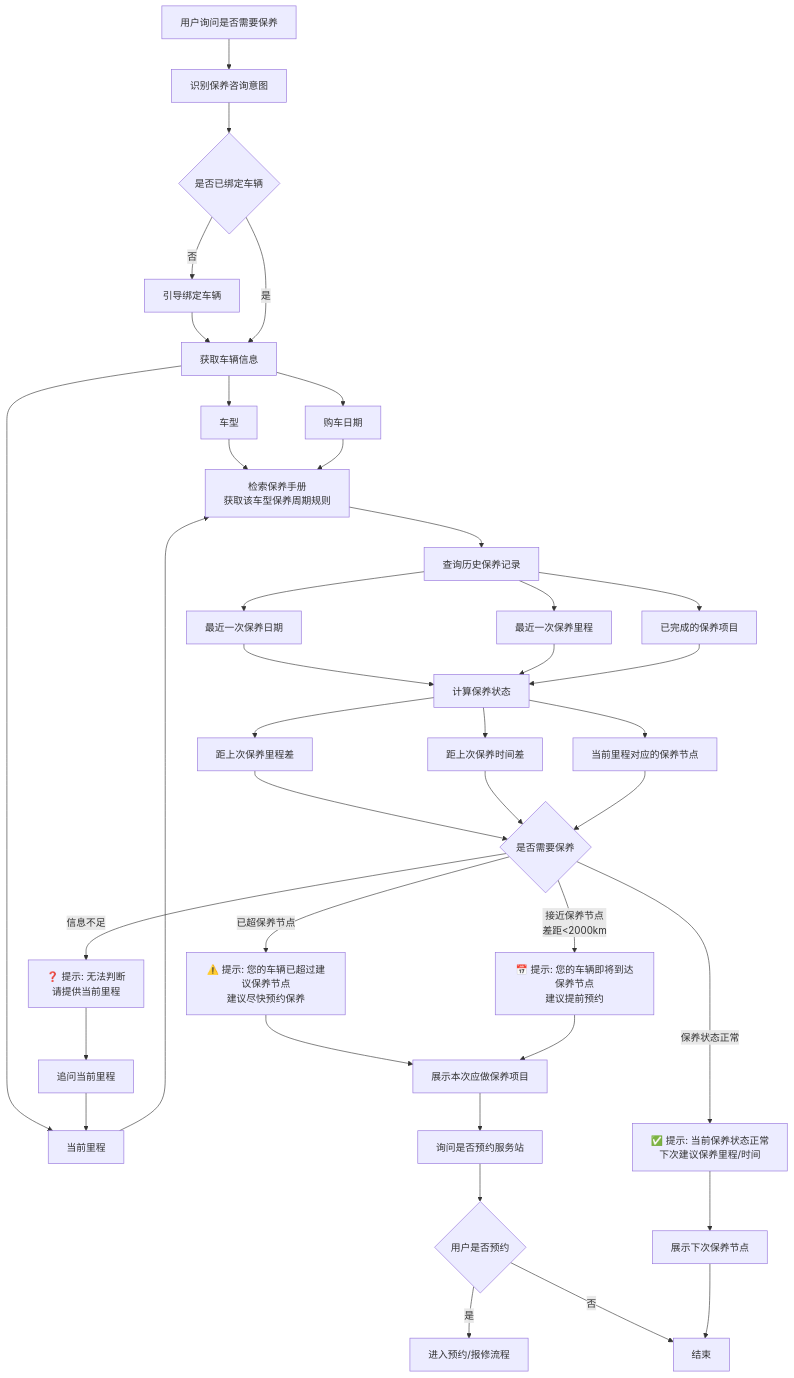
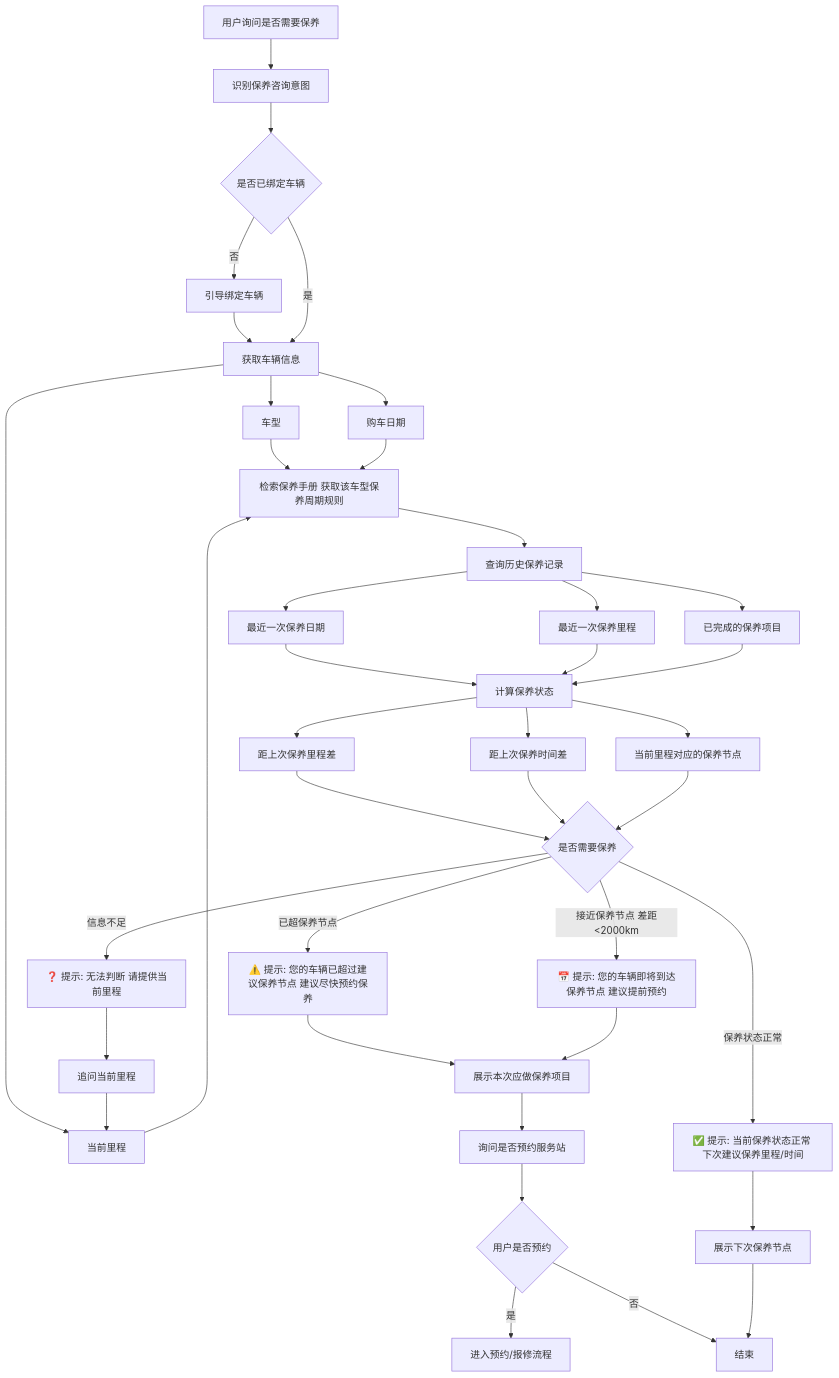
One commit to evanwusibin/auto-carcrm changed the diagram in flows/03_业务流程/07_保养判断流程.md. Above: the diagram before and after it, drawn with Mermaid. The commit also changed 13 other files, not shown here.

First line of the commit message:
feat: 五项优化 - 登录页轮播+排版/Mermaid修复/检索页流式开关/页面设计文档/DB更新v1.2

````diff
--- a/flows/03_业务流程/07_保养判断流程.md
+++ b/flows/03_业务流程/07_保养判断流程.md
@@ -9,50 +9,50 @@
 ```mermaid
 flowchart TD
     A[用户询问是否需要保养] --> B[识别保养咨询意图]
     B --> C{是否已绑定车辆}
     C -- 否 --> D[引导绑定车辆]
     D --> E[获取车辆信息]
     C -- 是 --> E
 
     E --> E1[车型]
     E --> E2[当前里程]
     E --> E3[购车日期]
 
-    E1 --> F[检索保养手册<br/>获取该车型保养周期规则]
+    E1 --> F[检索保养手册 获取该车型保养周期规则]
     E2 --> F
     E3 --> F
 
     F --> G[查询历史保养记录]
     G --> G1[最近一次保养日期]
     G --> G2[最近一次保养里程]
     G --> G3[已完成的保养项目]
 
     G1 --> H[计算保养状态]
     G2 --> H
     G3 --> H
 
     H --> H1[距上次保养里程差]
     H --> H2[距上次保养时间差]
     H --> H3[当前里程对应的保养节点]
 
     H1 --> I{是否需要保养}
     H2 --> I
     H3 --> I
 
-    I -- 已超保养节点 --> J1[⚠️ 提示: 您的车辆已超过建议保养节点<br/>建议尽快预约保养]
-    I -- 接近保养节点<br/>差距<2000km --> J2[📅 提示: 您的车辆即将到达保养节点<br/>建议提前预约]
-    I -- 保养状态正常 --> J3[✅ 提示: 当前保养状态正常<br/>下次建议保养里程/时间]
-    I -- 信息不足 --> J4[❓ 提示: 无法判断<br/>请提供当前里程]
+    I -- 已超保养节点 --> J1[⚠️ 提示: 您的车辆已超过建议保养节点 建议尽快预约保养]
+    I -- 接近保养节点 差距<2000km --> J2[📅 提示: 您的车辆即将到达保养节点 建议提前预约]
+    I -- 保养状态正常 --> J3[✅ 提示: 当前保养状态正常 下次建议保养里程/时间]
+    I -- 信息不足 --> J4[❓ 提示: 无法判断 请提供当前里程]
 
     J1 --> K[展示本次应做保养项目]
     J2 --> K
     J3 --> L[展示下次保养节点]
     J4 --> M[追问当前里程]
     M --> E2
 
     K --> N[询问是否预约服务站]
     N --> O{用户是否预约}
     O -- 是 --> P[进入预约/报修流程]
     O -- 否 --> Q[结束]
     L --> Q
 ```
````
